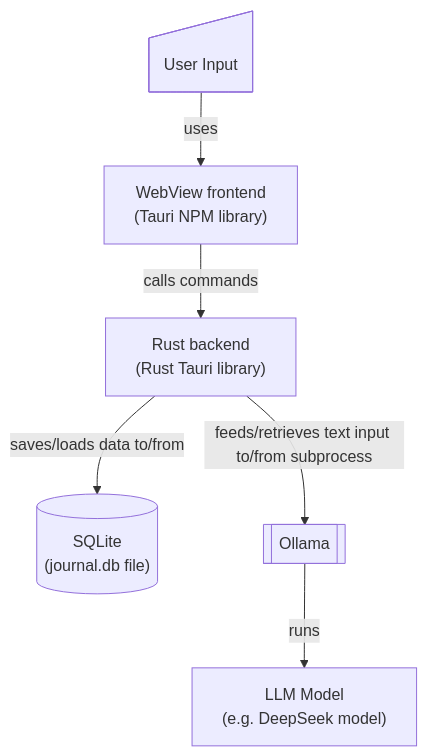
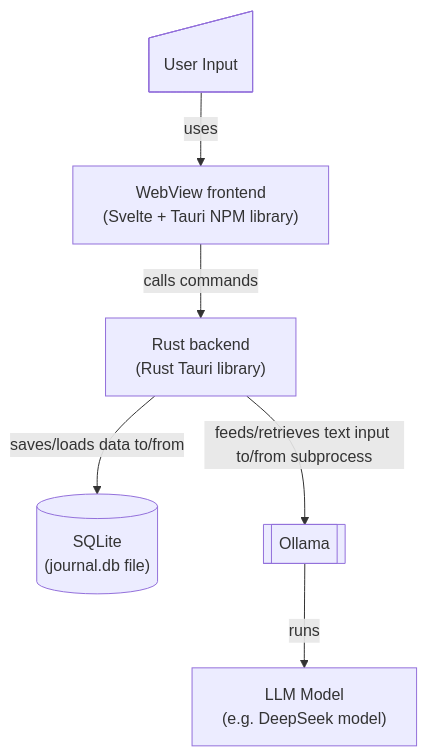
The diagram in README.md (jrayx/deep-journal), drawn with Mermaid before and after one commit.

````diff
--- a/README.md
+++ b/README.md
@@ -38,15 +38,15 @@
 ```mermaid
 flowchart
   user@{ shape: manual-input, label: "User Input"}
-  ui["WebView frontend<br/>(Tauri NPM library)"]
+  ui["WebView frontend<br/>(Svelte + Tauri NPM library)"]
   api["Rust backend<br/>(Rust Tauri library)"]
   db[("SQLite<br/>(journal.db file)")]
   ollama["Ollama<br/>"]
   ollama@{ shape: fr-rect, label: "Ollama"}
   llm@{shape: rect, label: "LLM Model<br/>(e.g. DeepSeek model)"}
   
   user -->|uses| ui
   ui -->|calls commands| api -->|saves/loads data to/from| db
   api -->|feeds/retrieves text input to/from subprocess| ollama
   ollama -->|runs| llm
 ```
````
